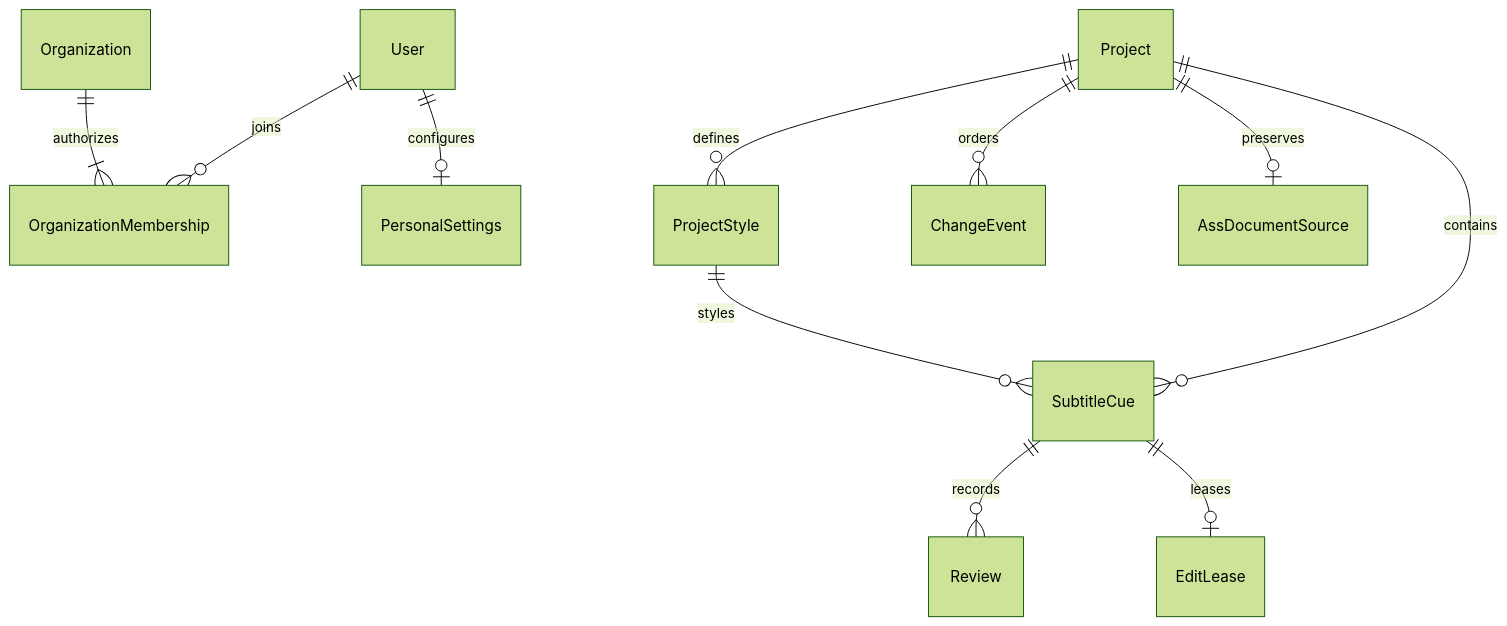
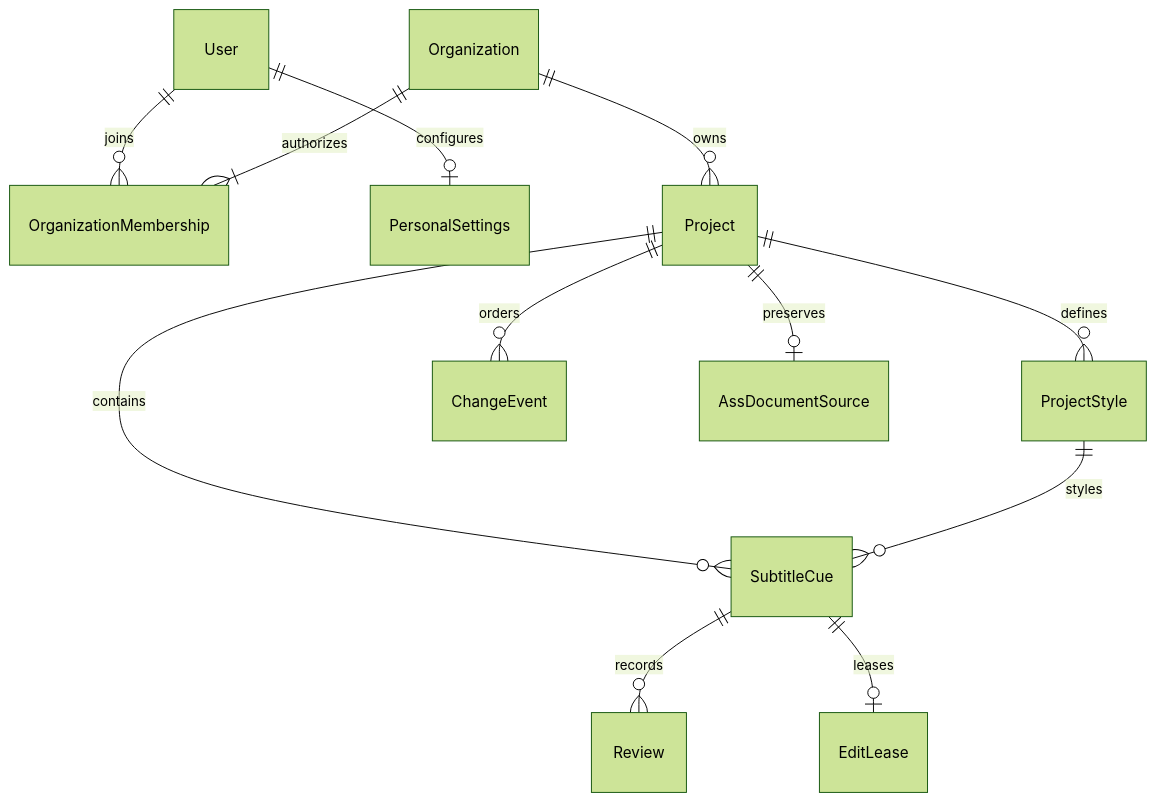
The first of 2 diagrams in docs/domain-model.md (giltram/CueRelay), drawn with Mermaid (forest theme) before and after one commit. The commit also changed other lines of this file and 54 other files, not shown here.

````diff
--- a/docs/domain-model.md
+++ b/docs/domain-model.md
@@ -27,13 +27,14 @@
 ```mermaid
 erDiagram
     User ||--o{ OrganizationMembership : joins
     Organization ||--|{ OrganizationMembership : authorizes
     User ||--o| PersonalSettings : configures
+    Organization ||--o{ Project : owns
     Project ||--o{ ProjectStyle : defines
     Project ||--o{ SubtitleCue : contains
     ProjectStyle ||--o{ SubtitleCue : styles
     SubtitleCue ||--o{ Review : records
     SubtitleCue ||--o| EditLease : leases
     Project ||--o{ ChangeEvent : orders
     Project ||--o| AssDocumentSource : preserves
 ```
````
